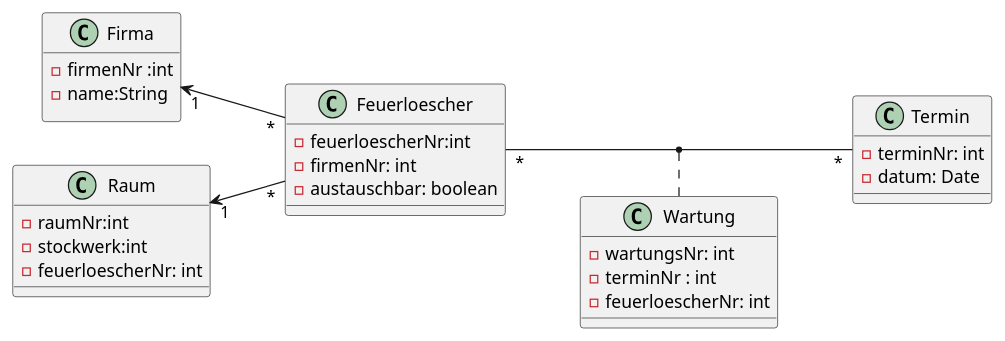
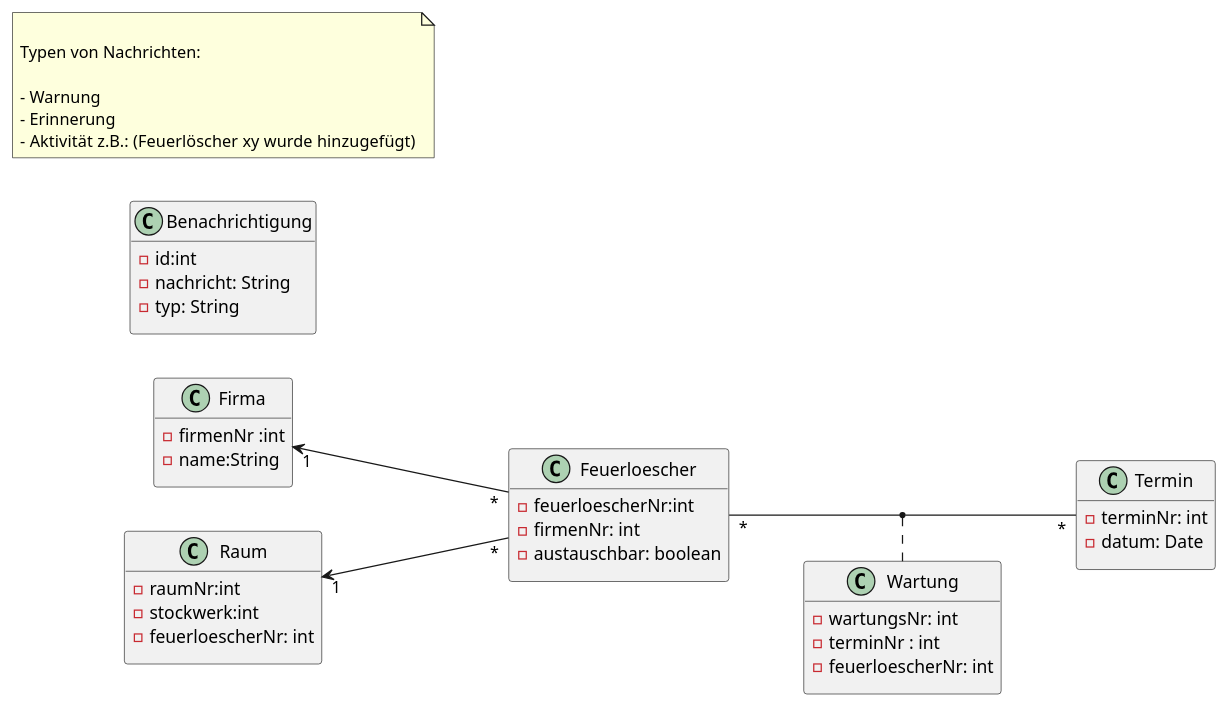
One commit to 2122-3bhitm-itp/02-project-diagramm-generator changed the diagram in asciidocs/plantuml/erd.puml. Above: the diagram before and after it, drawn with PlantUML. The commit also changed 1 other file, not shown here.

Commit message:
Tabelle Benachrichtigung + Meilen Steine umändern

```diff
--- a/asciidocs/plantuml/erd.puml
+++ b/asciidocs/plantuml/erd.puml
@@ -1,40 +1,58 @@
 @startuml
 'https://plantuml.com/class-diagram
 left to right direction
 class Firma {
 - firmenNr :int
 - name:String
 ||
 }
 class Raum {
  - raumNr:int
  - stockwerk:int
  -  feuerloescherNr: int
+ ||
 }
 class Feuerloescher {
  - feuerloescherNr:int
  - firmenNr: int
  - austauschbar: boolean
-
+||
 }
 class Termin {
     - terminNr: int
     - datum: Date
-
+||
 }
 
 class Wartung {
     - wartungsNr: int
    - terminNr : int
    - feuerloescherNr: int
+   ||
+}
+
+class Benachrichtigung {
+  - id:int
+  - nachricht: String
+  - typ: String
+  ||
 }
 
 Raum "1" <-- "*" Feuerloescher
 
 Feuerloescher "*" --  "*" Termin
 
 (Feuerloescher,Termin) .. Wartung
 
 Firma "1" <-- "*" Feuerloescher
+note as nachricht
+
+Typen von Nachrichten:
+
+- Warnung
+- Erinnerung
+- Aktivität  z.B.: (Feuerlöscher xy wurde hinzugefügt)
+end note
+
 
 @enduml
```
